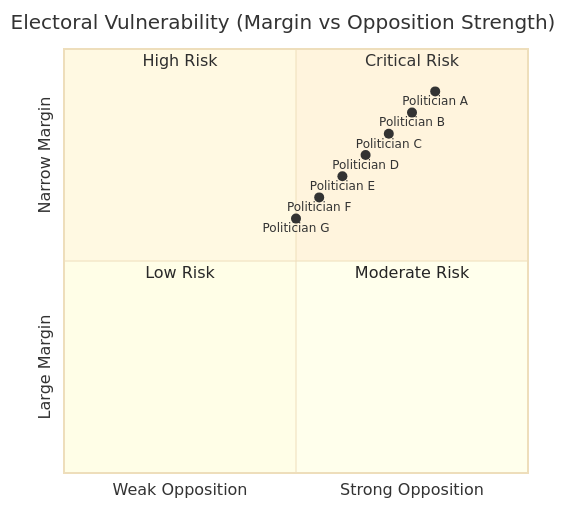
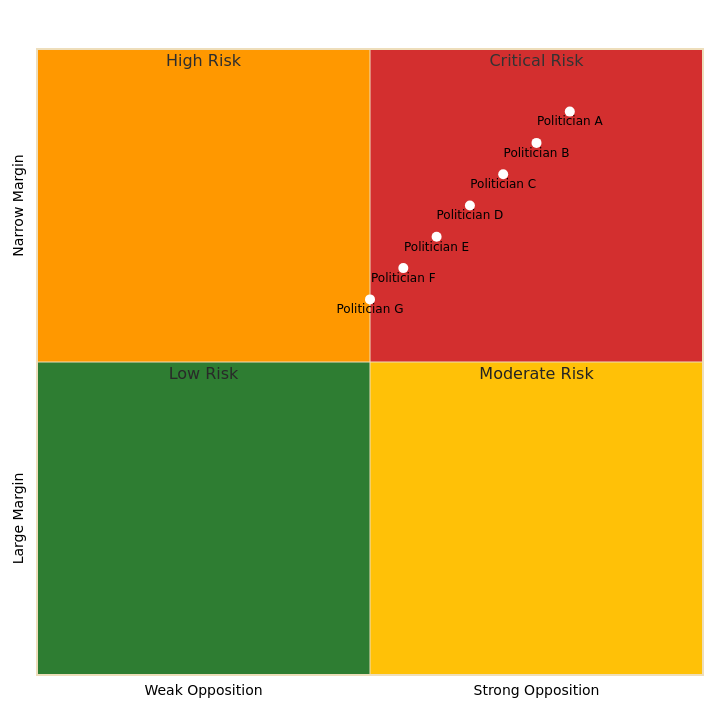
Before and after one commit to Hack23/cia: the fifth of 11 diagrams in json-export-specs/visualizations/top10-electoral-risk.md, drawn with Mermaid. The commit also changed other lines of this file and 30 other files, not shown here.

First line of the commit message:
fix: improve mermaid diagram rendering across all markdown files (#8536)

````diff
--- a/json-export-specs/visualizations/top10-electoral-risk.md
+++ b/json-export-specs/visualizations/top10-electoral-risk.md
@@ -83,19 +83,42 @@
 ```mermaid
-%%{init: {'theme':'base'}}%%
+%%{init: {
+  "theme": "base",
+  "themeVariables": {
+    "quadrant1Fill": "#D32F2F",
+    "quadrant2Fill": "#FF9800",
+    "quadrant3Fill": "#2E7D32",
+    "quadrant4Fill": "#FFC107",
+    "quadrantTitleFill": "#ffffff",
+    "quadrantPointFill": "#ffffff",
+    "quadrantPointTextFill": "#000000",
+    "quadrantXAxisTextFill": "#000000",
+    "quadrantYAxisTextFill": "#000000"
+  },
+  "quadrantChart": {
+    "chartWidth": 700,
+    "chartHeight": 700,
+    "pointLabelFontSize": 12,
+    "titleFontSize": 20,
+    "quadrantLabelFontSize": 16,
+    "xAxisLabelFontSize": 14,
+    "yAxisLabelFontSize": 14
+  }
+}}%%
 quadrantChart
     title Electoral Vulnerability (Margin vs Opposition Strength)
     x-axis Weak Opposition --> Strong Opposition
     y-axis Large Margin --> Narrow Margin
     quadrant-1 Critical Risk
     quadrant-2 High Risk
     quadrant-3 Low Risk
     quadrant-4 Moderate Risk
     
-    Politician A: [0.8, 0.9]
-    Politician B: [0.75, 0.85]
-    Politician C: [0.7, 0.8]
-    Politician D: [0.65, 0.75]
-    Politician E: [0.6, 0.7]
-    Politician F: [0.55, 0.65]
-    Politician G: [0.5, 0.6]
+    "Politician A": [0.8, 0.9]
+    "Politician B": [0.75, 0.85]
+    "Politician C": [0.7, 0.8]
+    "Politician D": [0.65, 0.75]
+    "Politician E": [0.6, 0.7]
+    "Politician F": [0.55, 0.65]
+    "Politician G": [0.5, 0.6]
+
 ```
````
